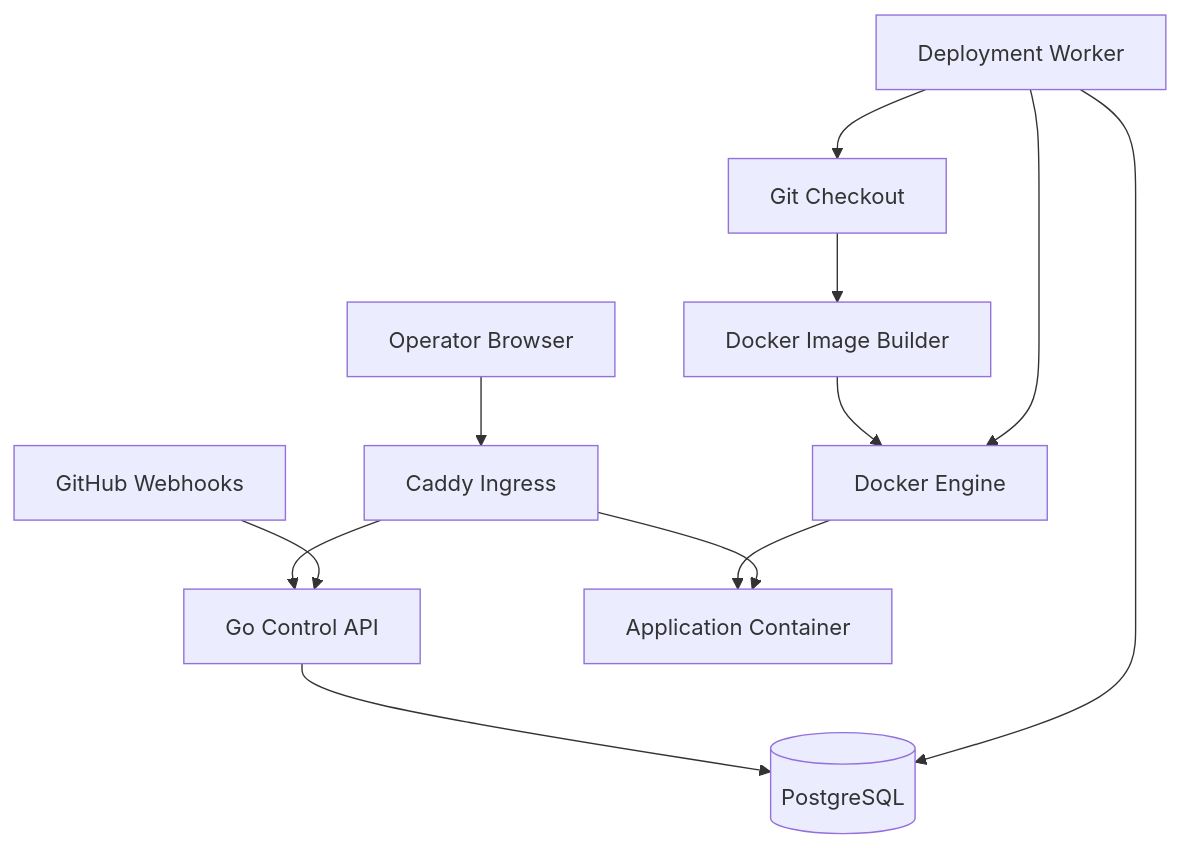
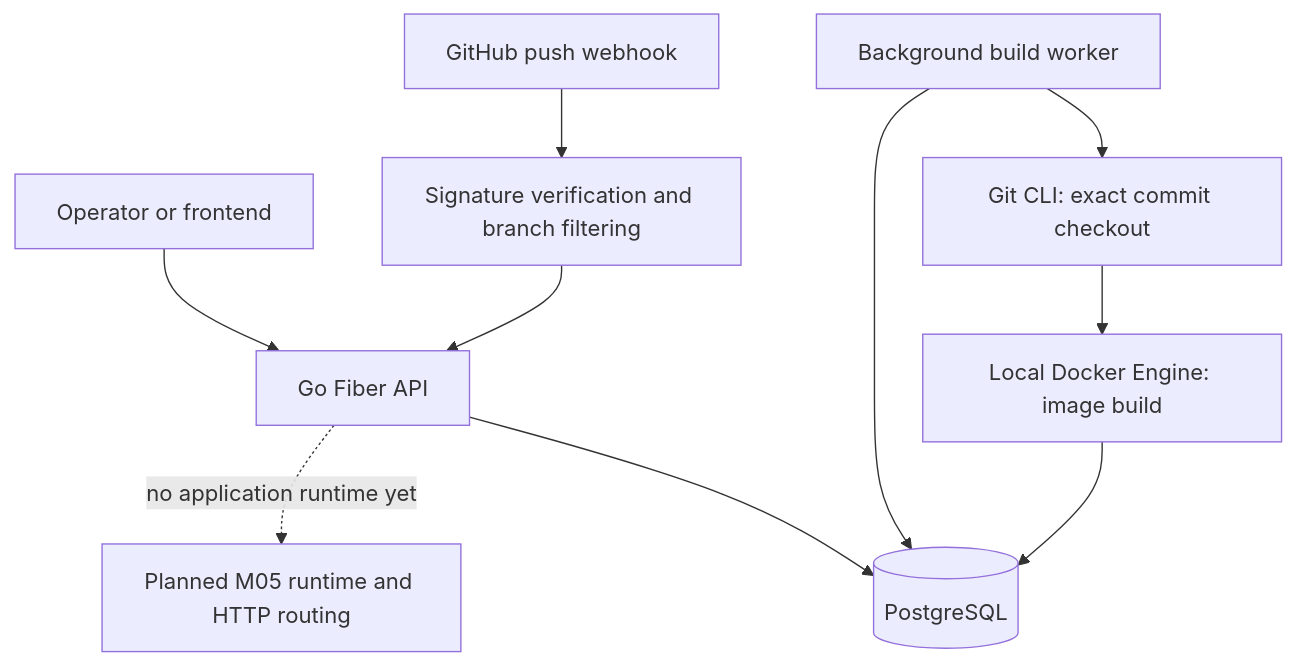
One commit to irvaniamirali/serve-service changed the diagram in docs/architecture.md. Above: the diagram before and after it, drawn with Mermaid. The commit also changed other lines of this file and 79 other files, not shown here.

````diff
--- a/docs/architecture.md
+++ b/docs/architecture.md
@@ -180,14 +56,12 @@
 ```mermaid
 flowchart TD
-    Operator[Operator Browser] --> Ingress[Caddy Ingress]
-    Ingress --> API[Go Control API]
-    GitHub[GitHub Webhooks] --> API
+    Operator[Operator or frontend] --> API[Go Fiber API]
+    GitHub[GitHub push webhook] --> Webhook[Signature verification and branch filtering]
+    Webhook --> API
     API --> DB[(PostgreSQL)]
-    Worker[Deployment Worker] --> DB
-    Worker --> Git[Git Checkout]
-    Git --> Builder[Docker Image Builder]
-    Builder --> Engine[Docker Engine]
-    Worker --> Engine
-    Engine --> App[Application Container]
-    Ingress --> App
+    Worker[Background build worker] --> DB
+    Worker --> Git[Git CLI: exact commit checkout]
+    Git --> Docker[Local Docker Engine: image build]
+    Docker --> DB
+    API -. no application runtime yet .-> Future[Planned M05 runtime and HTTP routing]
 ```
````
